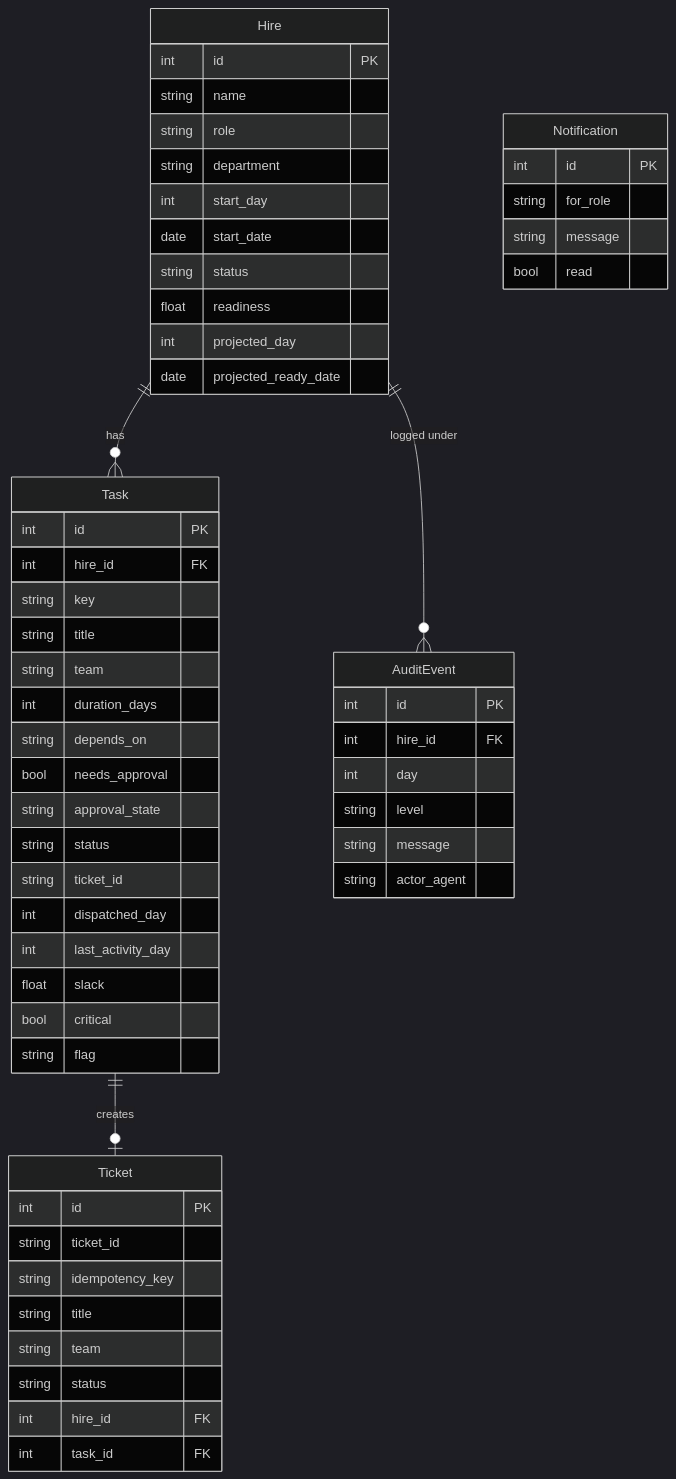
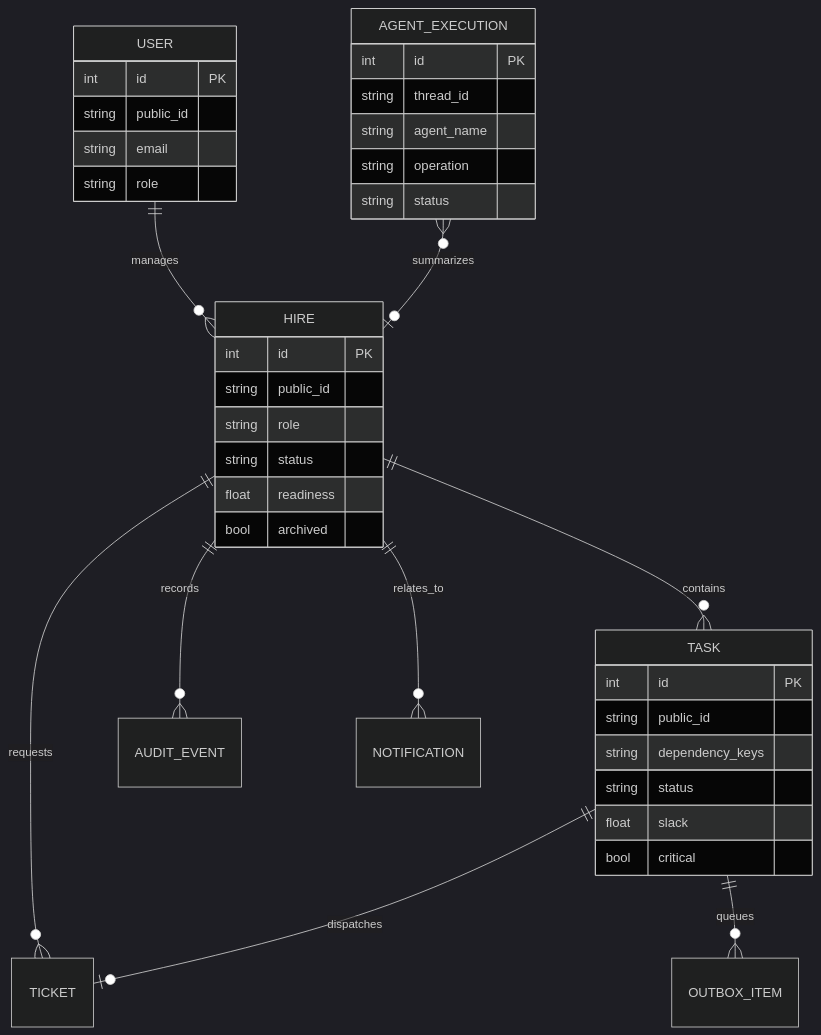
One commit to KarunagaranMK/task-agent changed the eighth of 8 diagrams in docs/ARCHITECTURE.md. Above: the diagram before and after it, drawn with Mermaid (dark theme). The commit also changed other lines of this file and 42 other files, not shown here.

````diff
--- a/docs/ARCHITECTURE.md
+++ b/docs/ARCHITECTURE.md
@@ -107,60 +158,40 @@
 ```mermaid
 erDiagram
-    Hire {
-        int id PK
-        string name
-        string role
-        string department
-        int start_day
-        date start_date
-        string status
-        float readiness
-        int projected_day
-        date projected_ready_date
-    }
-    Task {
-        int id PK
-        int hire_id FK
-        string key
-        string title
-        string team
-        int duration_days
-        string depends_on
-        bool needs_approval
-        string approval_state
-        string status
-        string ticket_id
-        int dispatched_day
-        int last_activity_day
-        float slack
-        bool critical
-        string flag
-    }
-    Ticket {
-        int id PK
-        string ticket_id
-        string idempotency_key
-        string title
-        string team
-        string status
-        int hire_id FK
-        int task_id FK
-    }
-    AuditEvent {
-        int id PK
-        int hire_id FK
-        int day
-        string level
-        string message
-        string actor_agent
-    }
-    Notification {
-        int id PK
-        string for_role
-        string message
-        bool read
-    }
-    Hire ||--o{ Task : "has"
-    Task ||--o| Ticket : "creates"
-    Hire ||--o{ AuditEvent : "logged under"
+  USER ||--o{ HIRE : manages
+  HIRE ||--o{ TASK : contains
+  HIRE ||--o{ AUDIT_EVENT : records
+  HIRE ||--o{ NOTIFICATION : relates_to
+  HIRE ||--o{ TICKET : requests
+  TASK ||--o| TICKET : dispatches
+  TASK ||--o{ OUTBOX_ITEM : queues
+  AGENT_EXECUTION }o--o| HIRE : summarizes
+  USER {
+    int id PK
+    string public_id
+    string email
+    string role
+  }
+  HIRE {
+    int id PK
+    string public_id
+    string role
+    string status
+    float readiness
+    bool archived
+  }
+  TASK {
+    int id PK
+    string public_id
+    string dependency_keys
+    string status
+    float slack
+    bool critical
+  }
+  AGENT_EXECUTION {
+    int id PK
+    string thread_id
+    string agent_name
+    string operation
+    string status
+  }
 ```
````
